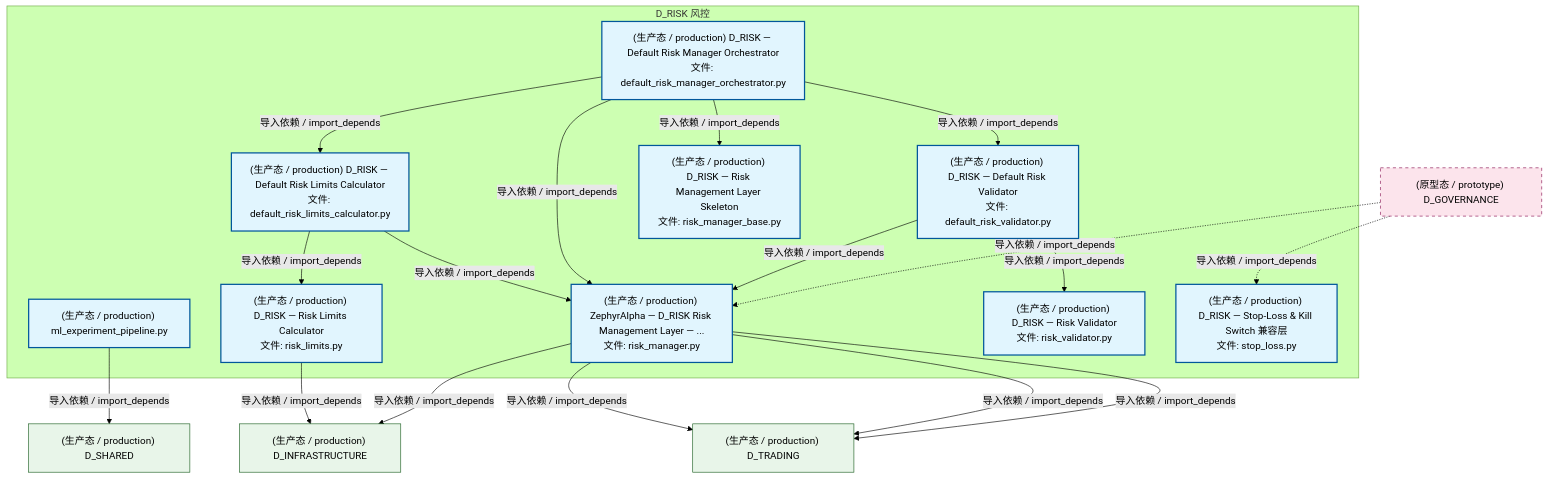
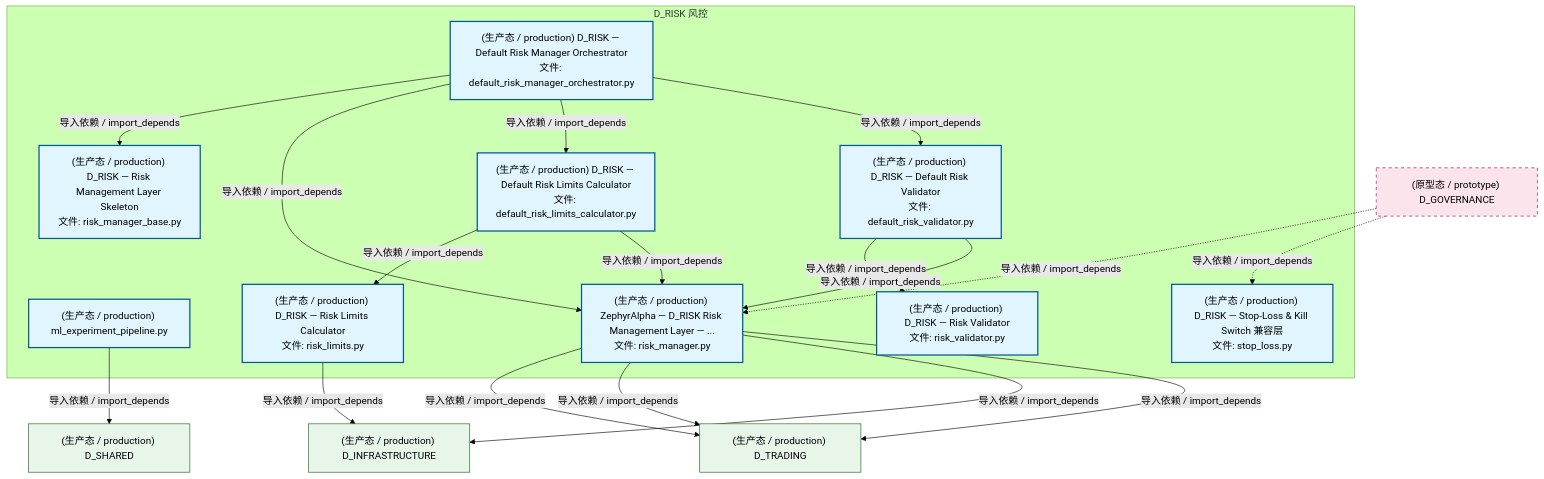
Before and after one commit to xuanFelixVan/ZephyrAlpha: the second of 4 diagrams in docs/02_enterprise_architecture/02_domain_architecture_docs/54_d_risk.md, drawn with Mermaid (forest theme). The commit also changed other lines of this file and 87 other files, not shown here.

````diff
--- a/docs/02_enterprise_architecture/02_domain_architecture_docs/54_d_risk.md
+++ b/docs/02_enterprise_architecture/02_domain_architecture_docs/54_d_risk.md
@@ -133,41 +133,41 @@
 ```mermaid
 graph TD
     subgraph D_RISK["D_RISK 风控"]
         src_zephyr_risk_cross_asset_cross_market_data_adapter_ml_experiment_pipeline_py["(生产态 / production) ml_experiment_pipeline.py"]
         src_zephyr_risk_implementations_default_risk_limits_calculator_py["(生产态 / production) D_RISK — Default Risk Limits Calculator<br/>文件: default_risk_limits_calculator.py"]
         src_zephyr_risk_implementations_default_risk_manager_orchestrator_py["(生产态 / production) D_RISK — Default Risk Manager Orchestrator<br/>文件: default_risk_manager_orchestrator.py"]
         src_zephyr_risk_implementations_default_risk_validator_py["(生产态 / production) D_RISK — Default Risk Validator<br/>文件: default_risk_validator.py"]
         src_zephyr_risk_risk_limits_py["(生产态 / production) D_RISK — Risk Limits Calculator<br/>文件: risk_limits.py"]
         src_zephyr_risk_risk_manager_py["(生产态 / production) ZephyrAlpha — D_RISK Risk Management Layer — ...<br/>文件: risk_manager.py"]
         src_zephyr_risk_risk_manager_base_py["(生产态 / production) D_RISK — Risk Management Layer Skeleton<br/>文件: risk_manager_base.py"]
         src_zephyr_risk_risk_validator_py["(生产态 / production) D_RISK — Risk Validator<br/>文件: risk_validator.py"]
         src_zephyr_risk_stop_loss_py["(生产态 / production) D_RISK — Stop-Loss & Kill Switch 兼容层<br/>文件: stop_loss.py"]
     end
+    src_zephyr_risk_implementations_default_risk_limits_calculator_py -->|导入依赖 / import_depends| src_zephyr_risk_risk_limits_py
     src_zephyr_risk_implementations_default_risk_limits_calculator_py -->|导入依赖 / import_depends| src_zephyr_risk_risk_manager_py
-    src_zephyr_risk_implementations_default_risk_limits_calculator_py -->|导入依赖 / import_depends| src_zephyr_risk_risk_limits_py
+    src_zephyr_risk_implementations_default_risk_validator_py -->|导入依赖 / import_depends| src_zephyr_risk_risk_validator_py
+    src_zephyr_risk_implementations_default_risk_validator_py -->|导入依赖 / import_depends| src_zephyr_risk_risk_manager_py
+    src_zephyr_risk_implementations_default_risk_manager_orchestrator_py -->|导入依赖 / import_depends| src_zephyr_risk_risk_manager_base_py
     src_zephyr_risk_implementations_default_risk_manager_orchestrator_py -->|导入依赖 / import_depends| src_zephyr_risk_risk_manager_py
-    src_zephyr_risk_implementations_default_risk_manager_orchestrator_py -->|导入依赖 / import_depends| src_zephyr_risk_risk_manager_base_py
     src_zephyr_risk_implementations_default_risk_manager_orchestrator_py -->|导入依赖 / import_depends| src_zephyr_risk_implementations_default_risk_limits_calculator_py
     src_zephyr_risk_implementations_default_risk_manager_orchestrator_py -->|导入依赖 / import_depends| src_zephyr_risk_implementations_default_risk_validator_py
-    src_zephyr_risk_implementations_default_risk_validator_py -->|导入依赖 / import_depends| src_zephyr_risk_risk_manager_py
-    src_zephyr_risk_implementations_default_risk_validator_py -->|导入依赖 / import_depends| src_zephyr_risk_risk_validator_py
     D_TRADING["(生产态 / production) D_TRADING"]
     src_zephyr_risk_risk_manager_py -->|导入依赖 / import_depends| D_TRADING
     src_zephyr_risk_risk_manager_py -->|导入依赖 / import_depends| D_TRADING
     D_INFRASTRUCTURE["(生产态 / production) D_INFRASTRUCTURE"]
     src_zephyr_risk_risk_limits_py -->|导入依赖 / import_depends| D_INFRASTRUCTURE
     src_zephyr_risk_risk_manager_py -->|导入依赖 / import_depends| D_INFRASTRUCTURE
     src_zephyr_risk_risk_manager_py -->|导入依赖 / import_depends| D_TRADING
     D_SHARED["(生产态 / production) D_SHARED"]
     src_zephyr_risk_cross_asset_cross_market_data_adapter_ml_experiment_pipeline_py -->|导入依赖 / import_depends| D_SHARED
     D_GOVERNANCE["(原型态 / prototype) D_GOVERNANCE"]
     D_GOVERNANCE -.->|导入依赖 / import_depends| src_zephyr_risk_risk_manager_py
     D_GOVERNANCE -.->|导入依赖 / import_depends| src_zephyr_risk_stop_loss_py
     classDef production fill:#e1f5fe,stroke:#01579b,stroke-width:2px,color:#000
     classDef design fill:#fff3e0,stroke:#e65100,stroke-width:2px,color:#000,stroke-dasharray: 5 5
     classDef external_prod fill:#e8f5e9,stroke:#1b5e20,stroke-width:1px,color:#000
     classDef external_design fill:#fce4ec,stroke:#880e4f,stroke-width:1px,color:#000,stroke-dasharray: 5 5
     class src_zephyr_risk_cross_asset_cross_market_data_adapter_ml_experiment_pipeline_py,src_zephyr_risk_implementations_default_risk_limits_calculator_py,src_zephyr_risk_implementations_default_risk_manager_orchestrator_py,src_zephyr_risk_implementations_default_risk_validator_py,src_zephyr_risk_risk_limits_py,src_zephyr_risk_risk_manager_py,src_zephyr_risk_risk_manager_base_py,src_zephyr_risk_risk_validator_py,src_zephyr_risk_stop_loss_py production
     class D_TRADING,D_INFRASTRUCTURE,D_SHARED external_prod
     class D_GOVERNANCE external_design
 ```
````
